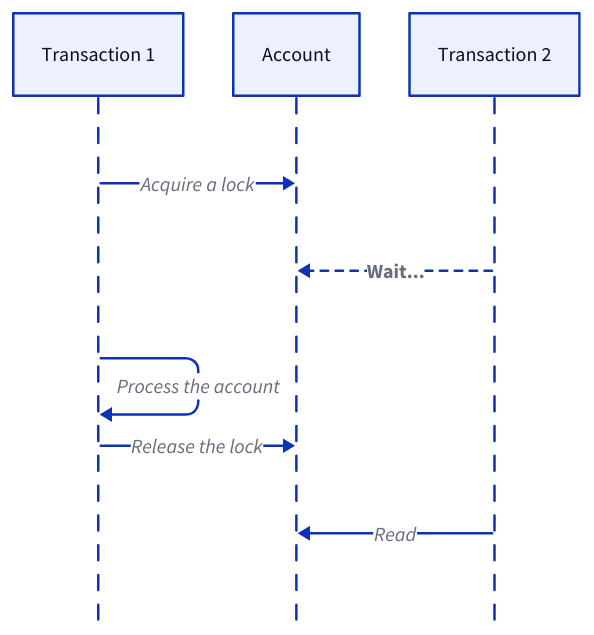
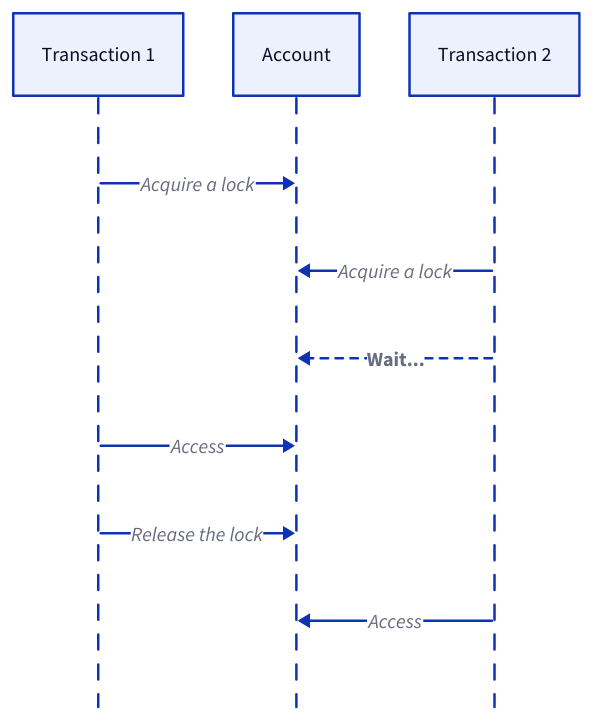
Diagram 13 of 29 in content/docs/data-persistence/sql-database/concurrency-control.md (link1905/system-design-101), drawn with D2 before and after one commit. The commit also changed other lines of this file and 40 other files, not shown here.

````diff
--- a/content/docs/data-persistence/sql-database/concurrency-control.md
+++ b/content/docs/data-persistence/sql-database/concurrency-control.md
@@ -416,14 +432,15 @@
 ```d2
 shape: sequence_diagram
 t1: Transaction 1
 a: Account
 t1 -> a: Acquire a lock
 t2: Transaction 2
+t2 -> a: "Acquire a lock"
 t2 -> a: Wait... {
     style.bold: true
     style.stroke-dash: 3
 }
-t1 -> t1: Process the account
+t1 -> a: Access
 t1 -> a: Release the lock
-t2 -> a: Read
+t2 -> a: Access
 ```
````
